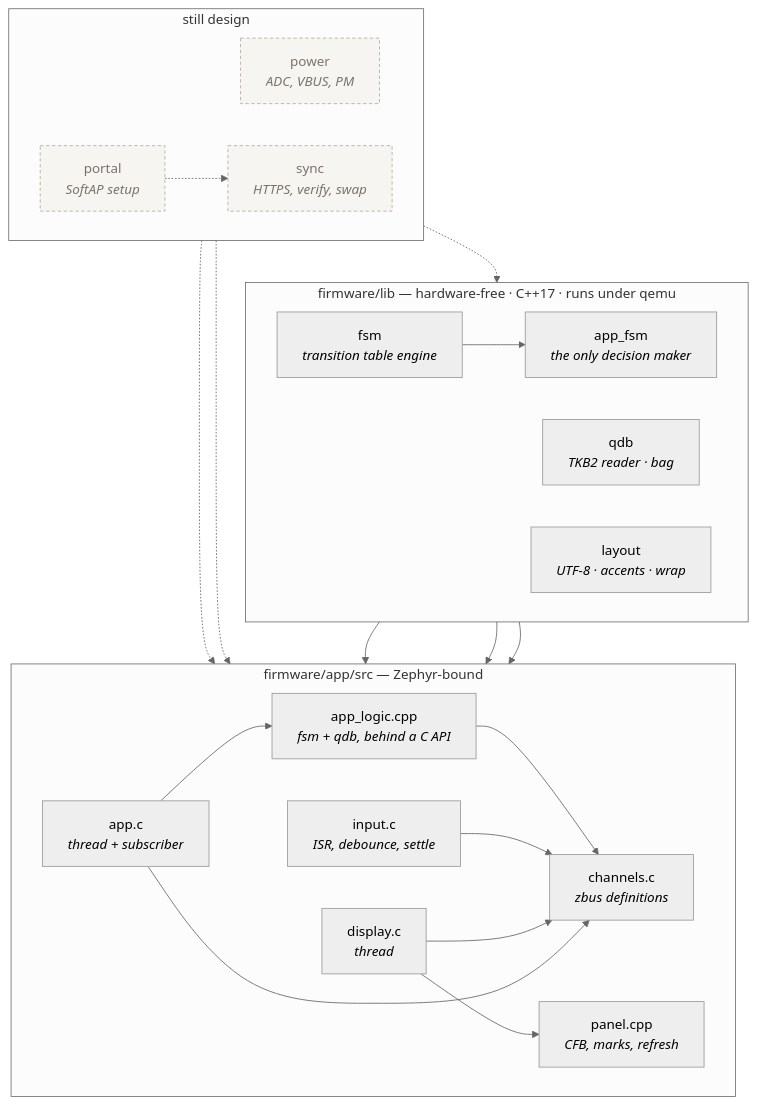
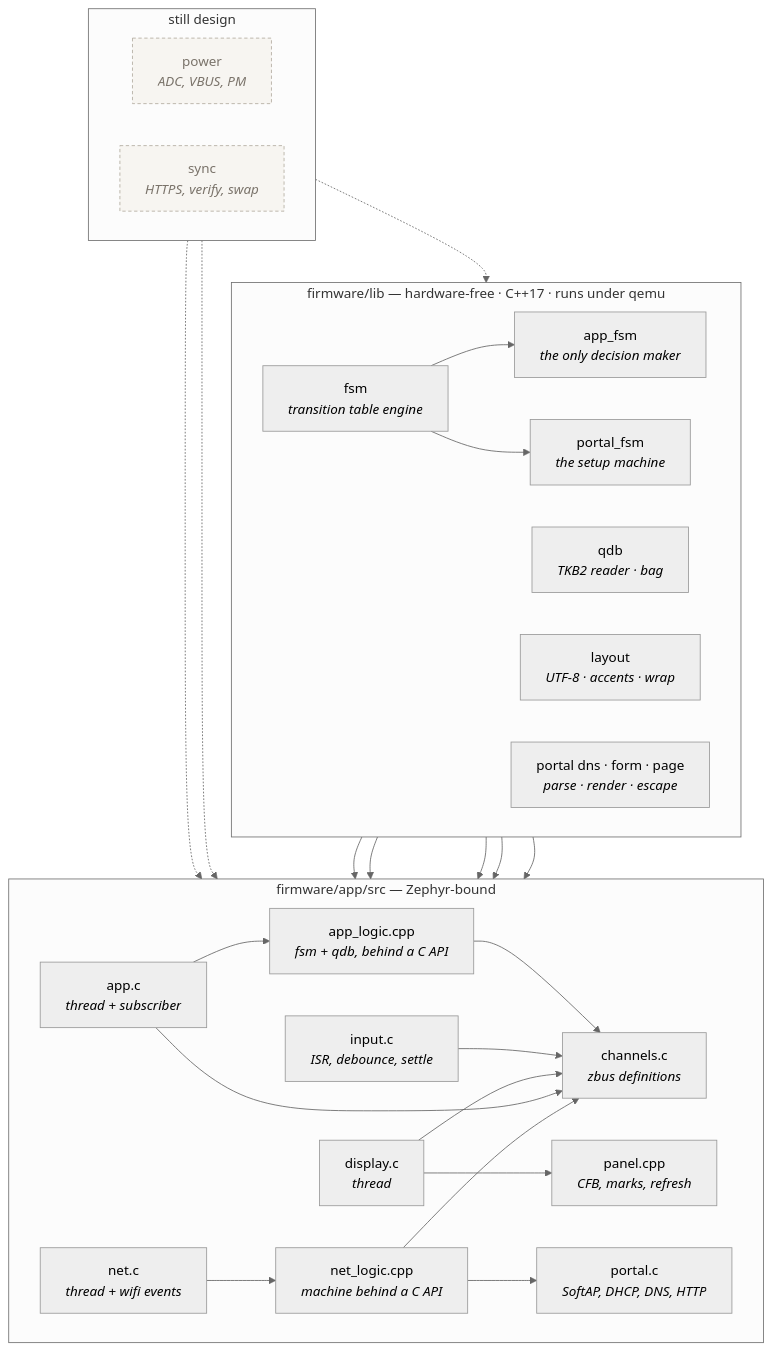
The fourth of 13 diagrams in docs/firmware_architecture.md (giacomomellone/cicala), drawn with Mermaid (neutral theme) before and after one commit. The commit also changed other lines of this file and 5 other files, not shown here.

````diff
--- a/docs/firmware_architecture.md
+++ b/docs/firmware_architecture.md
@@ -271,44 +293,53 @@
 ```mermaid
 flowchart TB
     subgraph pure["firmware/lib — hardware-free · C++17 · runs under qemu"]
         direction LR
         FSM[fsm<br/><i>transition table engine</i>]
         APPFSM[app_fsm<br/><i>the only decision maker</i>]
         QDB[qdb<br/><i>TKB2 reader · bag</i>]
         LAY[layout<br/><i>UTF-8 · accents · wrap</i>]
+        PFSM[portal_fsm<br/><i>the setup machine</i>]
+        PBITS[portal dns · form · page<br/><i>parse · render · escape</i>]
     end
 
     subgraph glue["firmware/app/src — Zephyr-bound"]
         direction LR
         CHAN[channels.c<br/><i>zbus definitions</i>]
         INPUT[input.c<br/><i>ISR, debounce, settle</i>]
         APPC[app.c<br/><i>thread + subscriber</i>]
         LOGIC[app_logic.cpp<br/><i>fsm + qdb, behind a C API</i>]
         DISP[display.c<br/><i>thread</i>]
         PANEL[panel.cpp<br/><i>CFB, marks, refresh</i>]
+        NETC[net.c<br/><i>thread + wifi events</i>]
+        NLOG[net_logic.cpp<br/><i>machine behind a C API</i>]
+        PORTALC[portal.c<br/><i>SoftAP, DHCP, DNS, HTTP</i>]
     end
 
     subgraph todo["still design"]
         direction LR
         POWER[power<br/><i>ADC, VBUS, PM</i>]:::t
         SYNC[sync<br/><i>HTTPS, verify, swap</i>]:::t
-        PORTAL[portal<br/><i>SoftAP setup</i>]:::t
     end
 
     FSM --> APPFSM
     APPFSM --> LOGIC
     QDB --> LOGIC
     LAY --> PANEL
     APPC --> LOGIC
     LOGIC --> CHAN
     INPUT --> CHAN
     DISP --> PANEL
     DISP --> CHAN
     APPC --> CHAN
+    FSM --> PFSM
+    PFSM --> NLOG
+    PBITS --> PORTALC
+    NETC --> NLOG
+    NLOG --> PORTALC
+    NLOG --> CHAN
     SYNC -.-> QDB
     SYNC -.-> CHAN
     POWER -.-> CHAN
-    PORTAL -.-> SYNC
 
     classDef t fill:#f7f5f1,stroke:#b3aca0,stroke-dasharray:4 3,color:#7a736a
 ```
````
